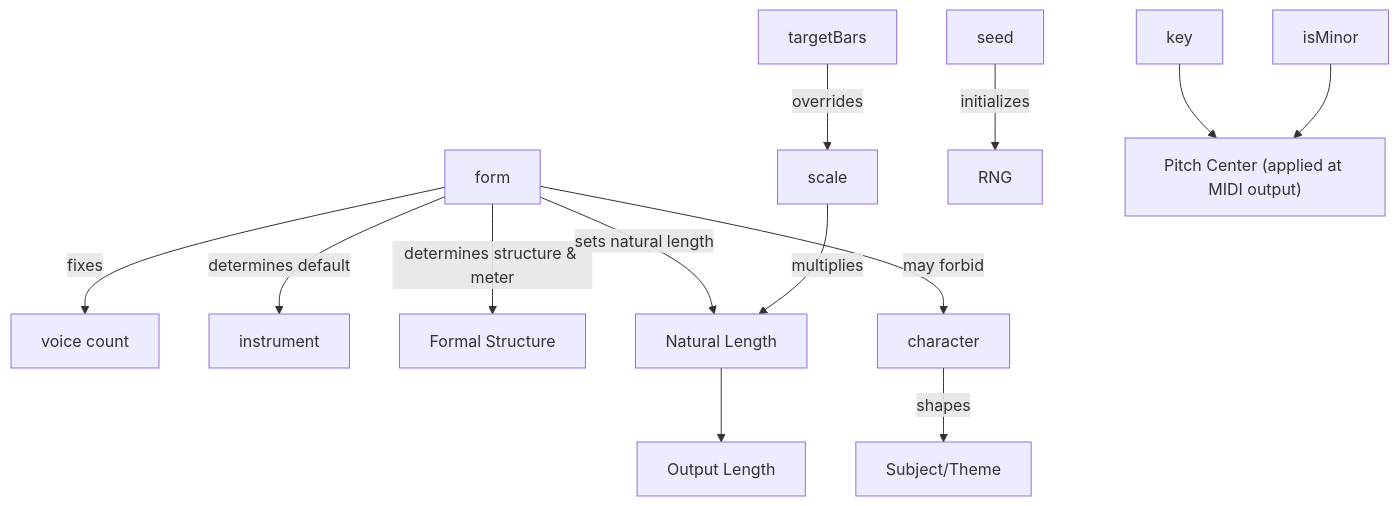
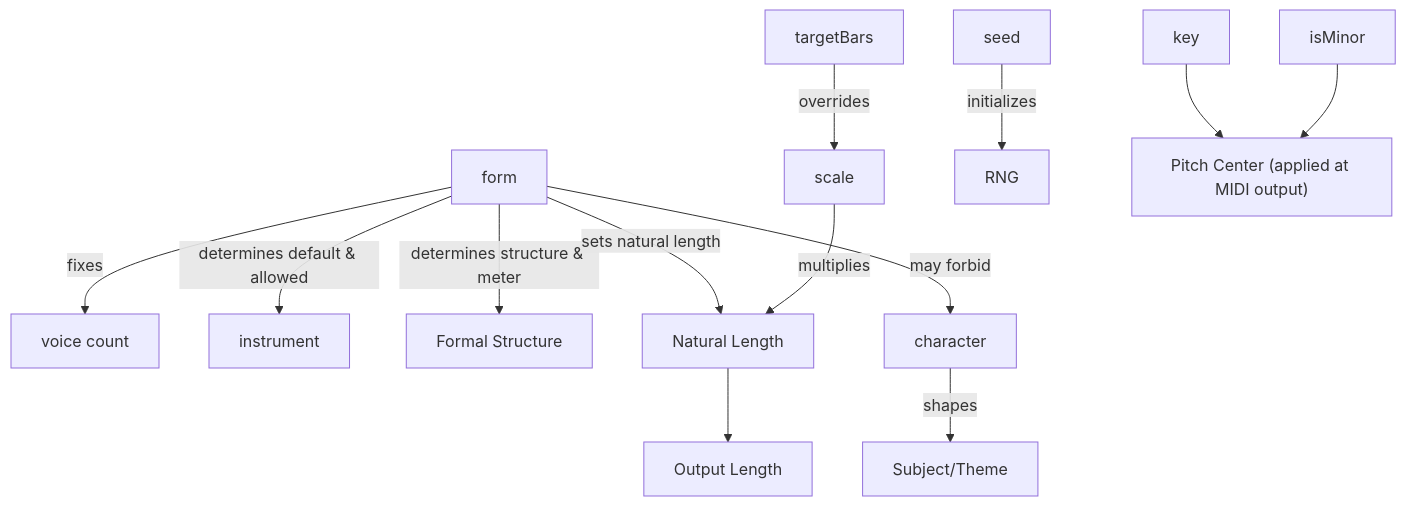
One commit to libraz/midi-sketch-bach-homepage changed the first of 2 diagrams in src/docs/option-relationships.md. Above: the diagram before and after it, drawn with Mermaid. The commit also changed other lines of this file and 15 other files, not shown here.

````diff
--- a/src/docs/option-relationships.md
+++ b/src/docs/option-relationships.md
@@ -16,15 +16,15 @@
 ```mermaid
 graph TD
     A["form"] -->|"fixes"| C["voice count"]
-    A -->|"determines default"| B["instrument"]
+    A -->|"determines default & allowed"| B["instrument"]
     A -->|"determines structure & meter"| E["Formal Structure"]
     A -->|"sets natural length"| P["Natural Length"]
     F["scale"] -->|"multiplies"| P
     P --> G["Output Length"]
     H["targetBars"] -->|"overrides"| F
     I["seed"] -->|"initializes"| J["RNG"]
     K["key"] --> L["Pitch Center (applied at MIDI output)"]
     M["isMinor"] --> L
     N["character"] -->|"shapes"| O["Subject/Theme"]
     A -->|"may forbid"| N
 ```
````
